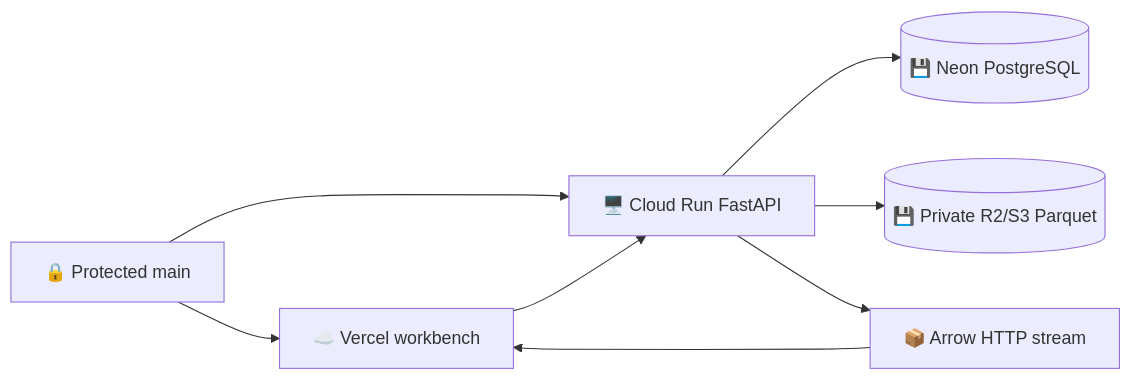
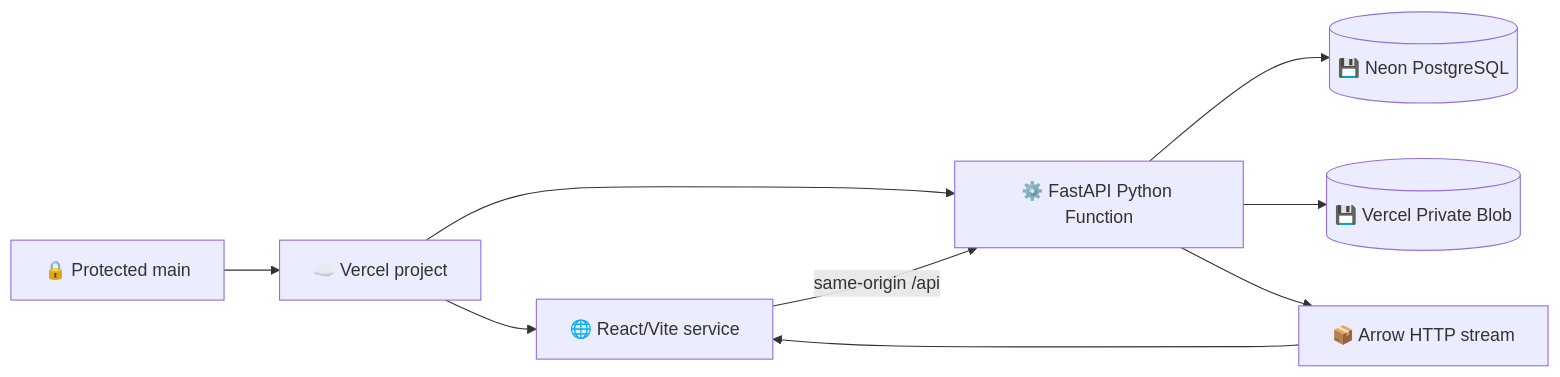
The first of 2 diagrams in docs/architecture/v2/ARCHITECTURE.md (Litju/DynamisETL), drawn with Mermaid before and after one commit. The commit also changed other lines of this file and 48 other files, not shown here.

````diff
--- a/docs/architecture/v2/ARCHITECTURE.md
+++ b/docs/architecture/v2/ARCHITECTURE.md
@@ -13,13 +15,14 @@
 ```mermaid
 flowchart LR
     accTitle: V2 runtime topology
-    accDescr: V2 separates the Vercel browser workbench from the Cloud Run scientific API, with Neon PostgreSQL for control data and private R2-preferred S3-compatible storage for immutable Parquet.
+    accDescr: One Vercel project routes the React/Vite workbench and FastAPI API, with Neon PostgreSQL for control data and Vercel Private Blob for immutable Parquet.
 
-    github[🔒 Protected main] --> vercel[☁️ Vercel workbench]
-    github --> cloud_run[🖥️ Cloud Run FastAPI]
-    vercel --> cloud_run
-    cloud_run --> neon[(💾 Neon PostgreSQL)]
-    cloud_run --> object_store[(💾 Private R2/S3 Parquet)]
-    cloud_run --> arrow[📦 Arrow HTTP stream]
-    arrow --> vercel
+    github[🔒 Protected main] --> vercel[☁️ Vercel project]
+    vercel --> web[🌐 React/Vite service]
+    vercel --> app[⚙️ FastAPI Python Function]
+    web -->|same-origin /api| app
+    app --> neon[(💾 Neon PostgreSQL)]
+    app --> object_store[(💾 Vercel Private Blob)]
+    app --> arrow[📦 Arrow HTTP stream]
+    arrow --> web
 ```
````
